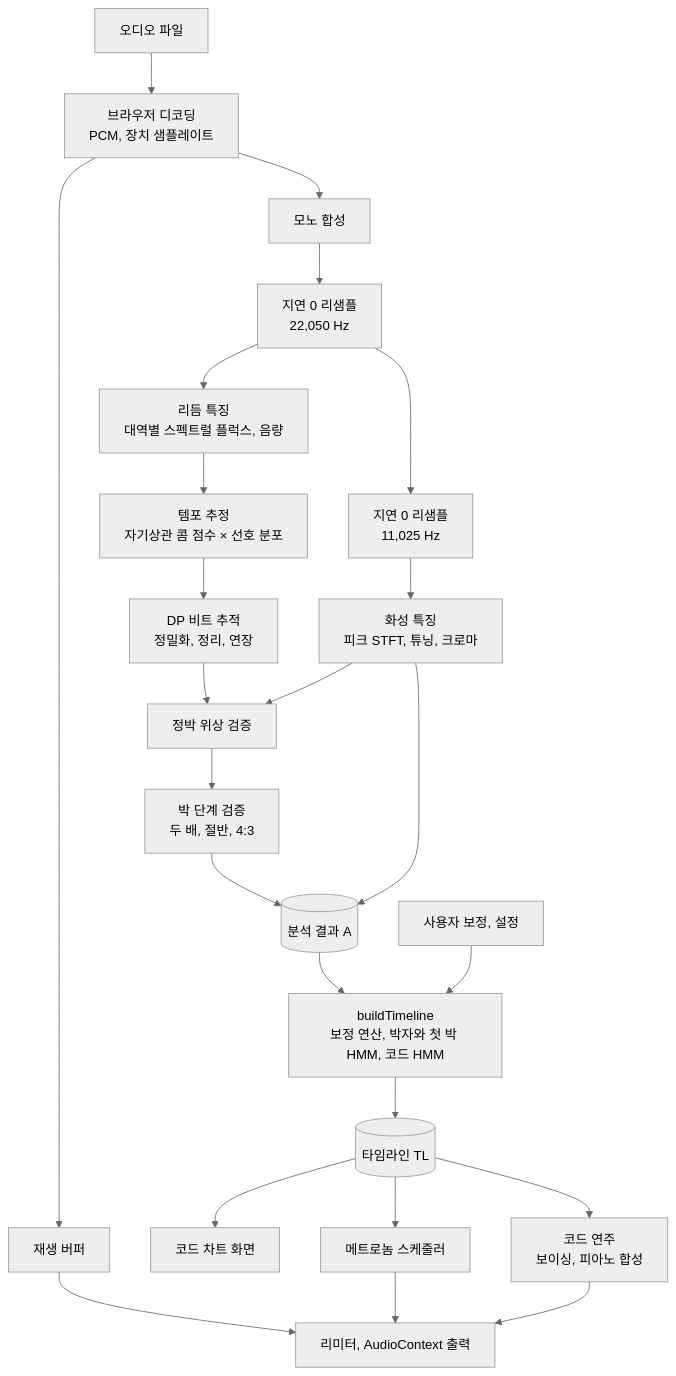
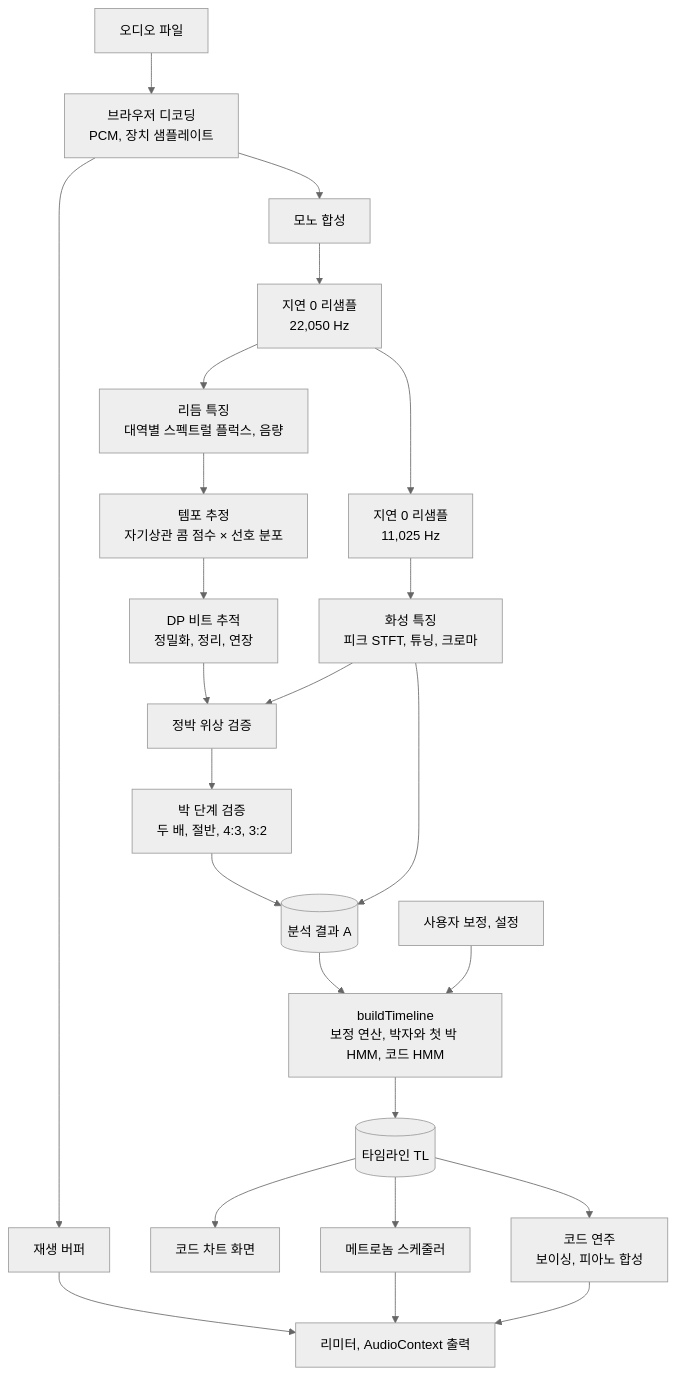
Before and after one commit to Velvitty/Chordity: the first of 3 diagrams in README.md, drawn with Mermaid (neutral theme). The commit also changed other lines of this file and 4 other files, not shown here.

````diff
--- a/README.md
+++ b/README.md
@@ -308,26 +308,26 @@
 ```mermaid
 flowchart TD
   F["오디오 파일"] --> D["브라우저 디코딩<br/>PCM, 장치 샘플레이트"]
   D --> PB["재생 버퍼"]
   D --> MO["모노 합성"]
   MO --> R22["지연 0 리샘플<br/>22,050 Hz"]
   R22 --> R11["지연 0 리샘플<br/>11,025 Hz"]
   R22 --> RF["리듬 특징<br/>대역별 스펙트럴 플럭스, 음량"]
   R11 --> HF["화성 특징<br/>피크 STFT, 튜닝, 크로마"]
   RF --> TP["템포 추정<br/>자기상관 콤 점수 × 선호 분포"]
   TP --> DP["DP 비트 추적<br/>정밀화, 정리, 연장"]
   DP --> PC["정박 위상 검증"]
   HF --> PC
-  PC --> LC["박 단계 검증<br/>두 배, 절반, 4:3"]
+  PC --> LC["박 단계 검증<br/>두 배, 절반, 4:3, 3:2"]
   LC --> A[("분석 결과 A")]
   HF --> A
   A --> BT["buildTimeline<br/>보정 연산, 박자와 첫 박 HMM, 코드 HMM"]
   U["사용자 보정, 설정"] --> BT
   BT --> TL[("타임라인 TL")]
   TL --> CH["코드 차트 화면"]
   TL --> SC["메트로놈 스케줄러"]
   TL --> PS["코드 연주<br/>보이싱, 피아노 합성"]
   PB --> OUT["리미터, AudioContext 출력"]
   SC --> OUT
   PS --> OUT
 ```
````
